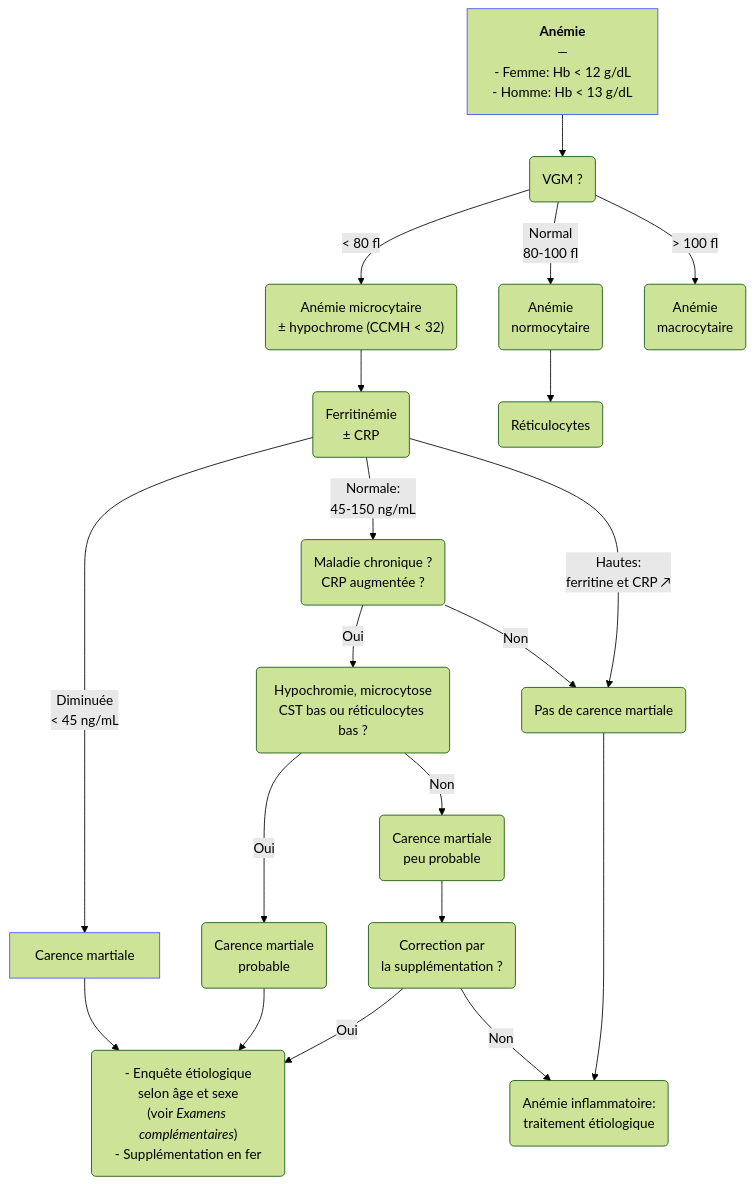
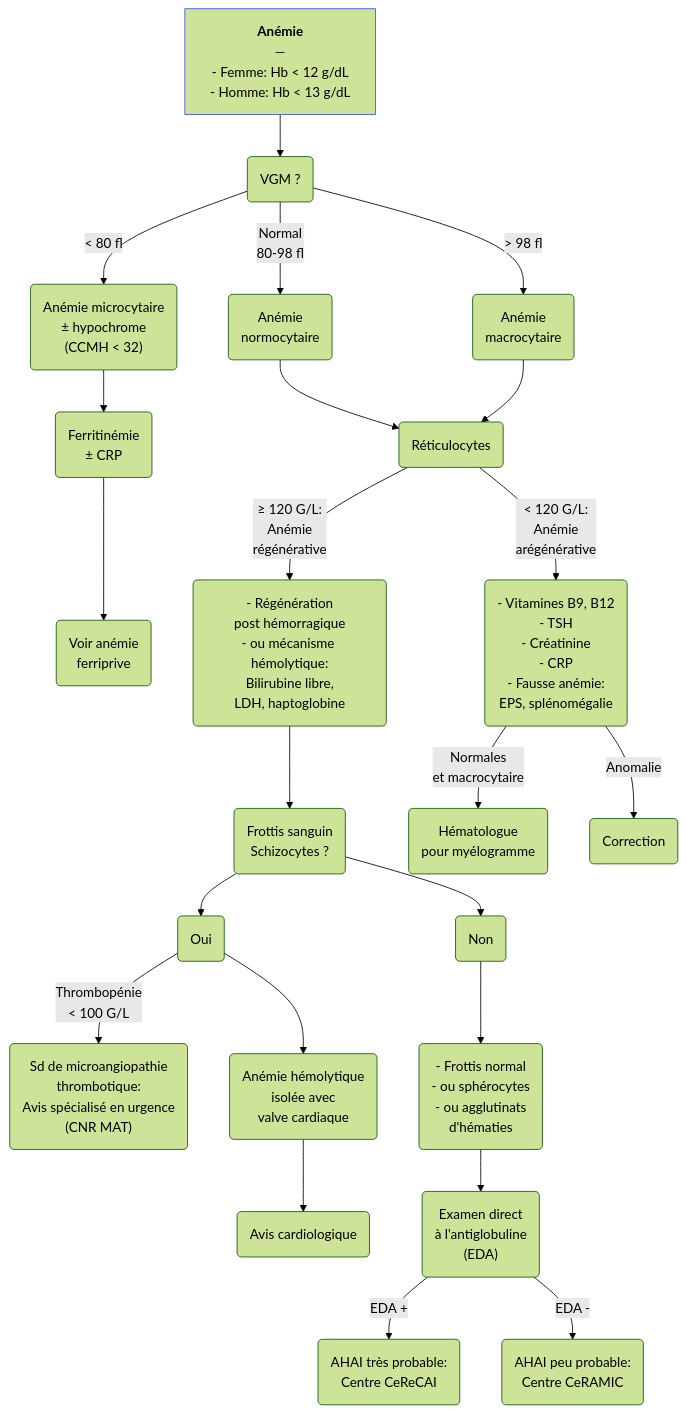
The diagram in content/recommandations/anemie.md (djibe/recommandations-medicales), drawn with Mermaid (forest theme) before and after one commit. The commit also changed other lines of this file and 32 other files, not shown here.

```diff
--- a/content/recommandations/anemie.md
+++ b/content/recommandations/anemie.md
@@ -220,18 +60,14 @@
-{{< mermaid title="Prise en charge d'une anémie avec suspicion de carence en fer. Dr JB Fron d'après BSG 2021" >}}
+{{< mermaid title="Prise en charge d'une anémie avec suspicion de carence en fer. Dr JB Fron d'après Les Clés du Diagnostic et sfh" >}}
 graph TB
-  anemie["<b>Anémie</b><br>—<br>- Femme: Hb &lt; 12 g/dL <br>- Homme: Hb &lt; 13 g/dL"] --> VGM(VGM ?) -- "&lt; 80 fl" --> microcytaire("Anémie microcytaire<br>± hypochrome (CCMH &lt; 32)") --> ferritine("Ferritinémie<br>± CRP")
-      ferritine -- "Diminuée<br>&lt; 45 ng/mL" --> basse[Carence martiale] --> enquete("- Enquête étiologique<br>selon âge et sexe<br>(voir <em>Examens complémentaires</em>)<br>- Supplémentation en fer")
-      ferritine -- "Normale:<br>45-150 ng/mL" --> inflammation(Maladie chronique ?<br>CRP augmentée ?)
-          inflammation -- Oui --> hypochromie(Hypochromie, microcytose<br>CST bas ou réticulocytes bas ?)
-            hypochromie -- Oui --> probable(Carence martiale<br>probable) --> enquete
-            hypochromie -- Non --> peuProbable(Carence martiale<br>peu probable)
-              peuProbable --> supplementation(Correction par<br>la supplémentation ?)
-                supplementation -- Oui --> enquete
-                supplementation -- Non --> autreCause
-          inflammation -- Non --> absente
-      ferritine -- "Hautes:<br>ferritine et CRP ↗" --> absente(Pas de carence martiale) --> autreCause(Anémie inflammatoire:<br>traitement étiologique)
-    VGM -- "Normal<br>80-100 fl" --> normocytaire(Anémie<br>normocytaire) --> réticulocytes(Réticulocytes)
-    VGM -- "&gt; 100 fl" --> macrocytaire(Anémie<br>macrocytaire)
-  style anemie stroke:#4150f5, stroke-width:1px
-  style basse stroke:#4150f5, stroke-width:1px
+  anémie["<b>Anémie</b><br>—<br>- Femme: Hb &lt; 12 g/dL <br>- Homme: Hb &lt; 13 g/dL"] --> VGM(VGM ?) -- "&lt; 80 fl" --> microcytaire("Anémie microcytaire<br>± hypochrome<br>(CCMH &lt; 32)") --> ferritine("Ferritinémie<br>± CRP") --> ferriprive("Voir anémie<br>ferriprive")
+    VGM -- "Normal<br>80-98 fl" --> normocytaire(Anémie<br>normocytaire) --> réticulocytes(Réticulocytes)
+      réticulocytes --"≥ 120 G/L:<br>Anémie<br>régénérative"--> hémolytique("- Régénération<br>post hémorragique<br>- ou mécanisme hémolytique:<br>Bilirubine libre,<br>LDH, haptoglobine") --> frottis("Frottis sanguin<br>Schizocytes ?") --> oui(Oui) -- "Thrombopénie<br>&lt; 100 G/L" --> thrombopénie("Sd de microangiopathie<br>thrombotique:<br>Avis spécialisé en urgence<br>(CNR MAT)")
+        oui --> valve("Anémie hémolytique<br>isolée avec<br>valve cardiaque") --> cardiologue(Avis cardiologique)
+        frottis --> non(Non) --> normal("- Frottis normal<br>- ou sphérocytes<br>- ou agglutinats<br>d'hématies") --> EDA("Examen direct<br>à l'antiglobuline<br>(EDA)")
+          EDA -- "EDA +" --> AHAI("AHAI très probable:<br>Centre CeReCAI")
+          EDA -- "EDA -" --> ceramic("AHAI peu probable:<br>Centre CeRAMIC")
+      réticulocytes -- "&lt; 120 G/L:<br>Anémie<br>arégénérative" --> carence("- Vitamines B9, B12<br>- TSH<br>- Créatinine<br>- CRP<br>- Fausse anémie:<br>EPS, splénomégalie") -- "Normales<br>et macrocytaire" --> hématologue("Hématologue<br>pour myélogramme")
+        carence -- "Anomalie" --> correction(Correction)
+    VGM -- "&gt; 98 fl" --> macrocytaire(Anémie<br>macrocytaire) --> réticulocytes
+  style anémie stroke:#4150f5, stroke-width:1px
 {{< /mermaid >}}
```
